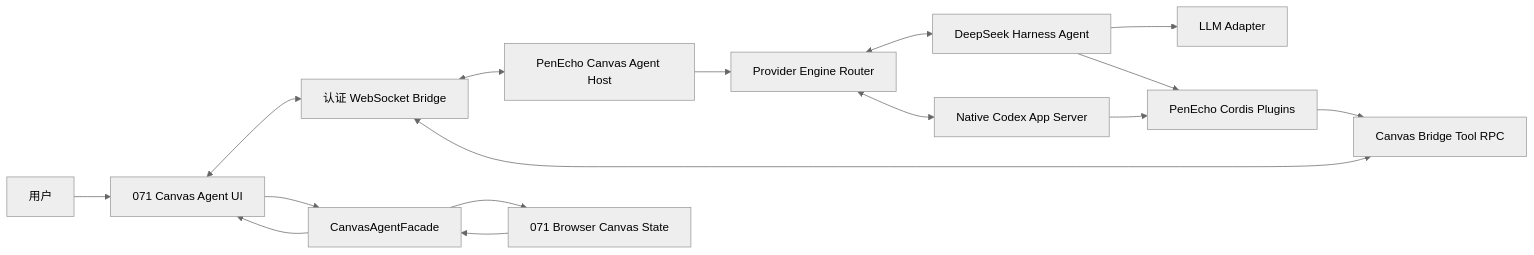
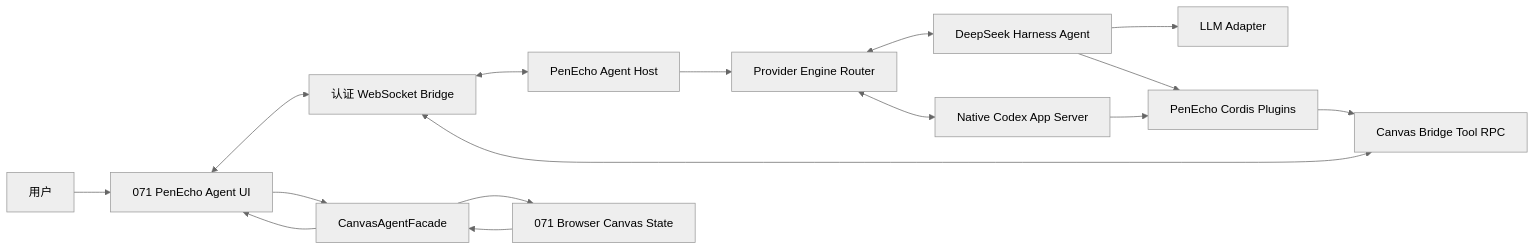
One commit to penecho/penecho changed the diagram in docs/canvas-agent-deepseek-harness-spec.md. Above: the diagram before and after it, drawn with Mermaid (neutral theme). The commit also changed other lines of this file and 67 other files, not shown here.

Commit message:
feat: finalize PenEcho 1.1.0 release

````diff
--- a/docs/canvas-agent-deepseek-harness-spec.md
+++ b/docs/canvas-agent-deepseek-harness-spec.md
@@ -78,18 +78,18 @@
 ```mermaid
 flowchart LR
-    U["用户"] --> UI["071 Canvas Agent UI"]
+    U["用户"] --> UI["071 PenEcho Agent UI"]
     UI <--> WS["认证 WebSocket Bridge"]
-    WS <--> H["PenEcho Canvas Agent Host"]
+    WS <--> H["PenEcho Agent Host"]
     H --> R["Provider Engine Router"]
     R <--> A["DeepSeek Harness Agent"]
     R <--> C["Native Codex App Server"]
     A --> L["LLM Adapter"]
     A --> P["PenEcho Cordis Plugins"]
     C --> P
     P --> B["Canvas Bridge Tool RPC"]
     B <--> WS
     UI --> F["CanvasAgentFacade"]
     F --> S["071 Browser Canvas State"]
     S --> F
     F --> UI
 ```
````
